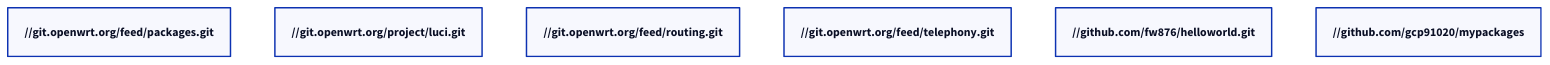
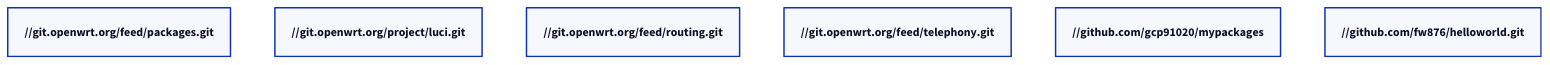
The diagram in feeds.conf.d2 (gcp91020/myRouters), drawn with D2 before and after one commit.

```diff
--- a/feeds.conf.d2
+++ b/feeds.conf.d2
@@ -1,13 +1,14 @@
 src-git packages https://git.openwrt.org/feed/packages.git
 src-git luci https://git.openwrt.org/project/luci.git
 src-git routing https://git.openwrt.org/feed/routing.git
 src-git telephony https://git.openwrt.org/feed/telephony.git
+src-git mypackage https://github.com/gcp91020/mypackages
 src-git helloworld https://github.com/fw876/helloworld.git
-src-git mypackage https://github.com/gcp91020/mypackages
+
 
 #src-git helloworld https://github.com/gcp91020/helloworld
 #src-git helloworld https://github.com/fw876/helloworld
 #src-git video https://github.com/openwrt/video.git
 #src-git targets https://github.com/openwrt/targets.git
 #src-git oldpackages http://git.openwrt.org/packages.git
 #src-link custom /usr/src/openwrt/custom-feed
```
